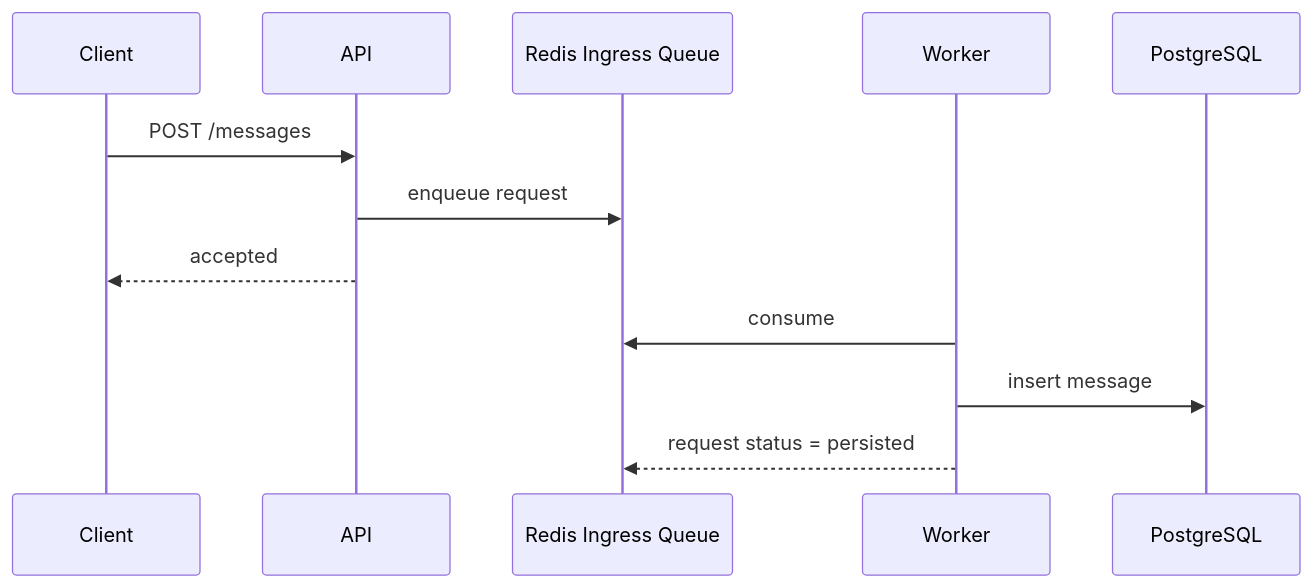
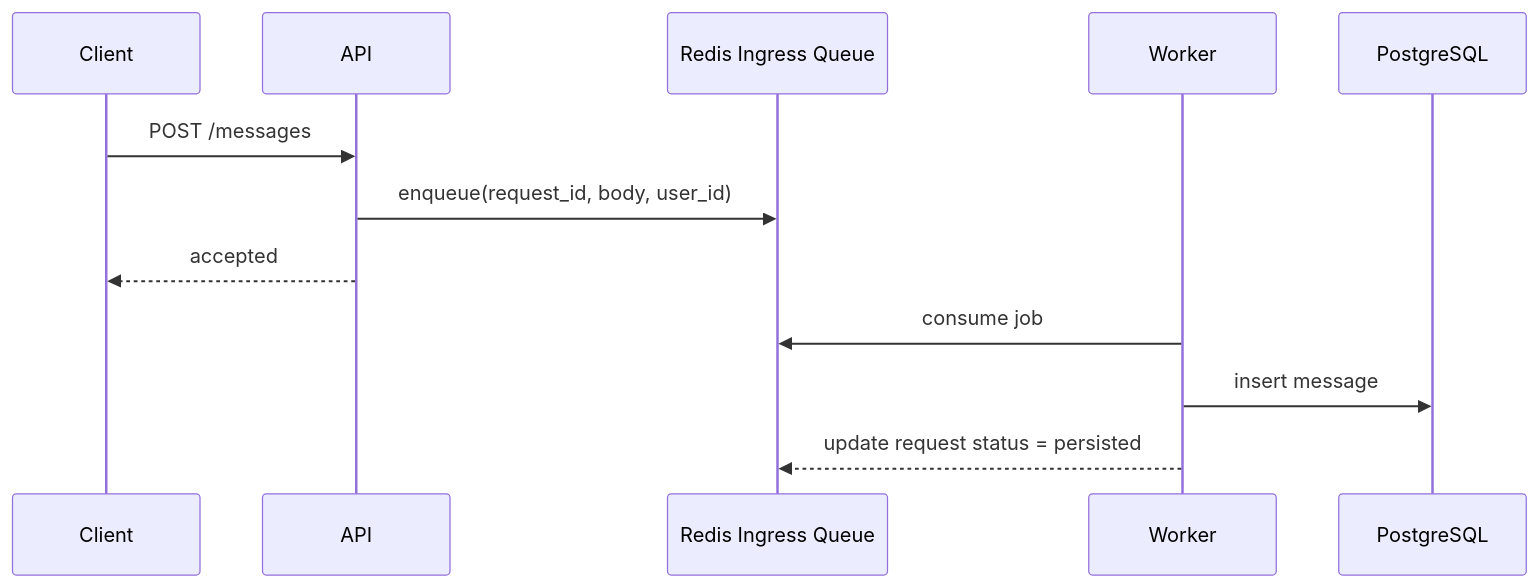
One commit to Jangwanko/Cloud_portfolio changed the second of 3 diagrams in README.md. Above: the diagram before and after it, drawn with Mermaid. The commit also changed other lines of this file and 22 other files, not shown here.

````diff
--- a/README.md
+++ b/README.md
@@ -41,15 +35,15 @@
 ```mermaid
 sequenceDiagram
     participant C as Client
     participant A as API
     participant R as Redis Ingress Queue
     participant W as Worker
     participant D as PostgreSQL
 
     C->>A: POST /messages
-    A->>R: enqueue request
+    A->>R: enqueue(request_id, body, user_id)
     A-->>C: accepted
-    W->>R: consume
+    W->>R: consume job
     W->>D: insert message
-    W-->>R: request status = persisted
+    W-->>R: update request status = persisted
 ```
````
